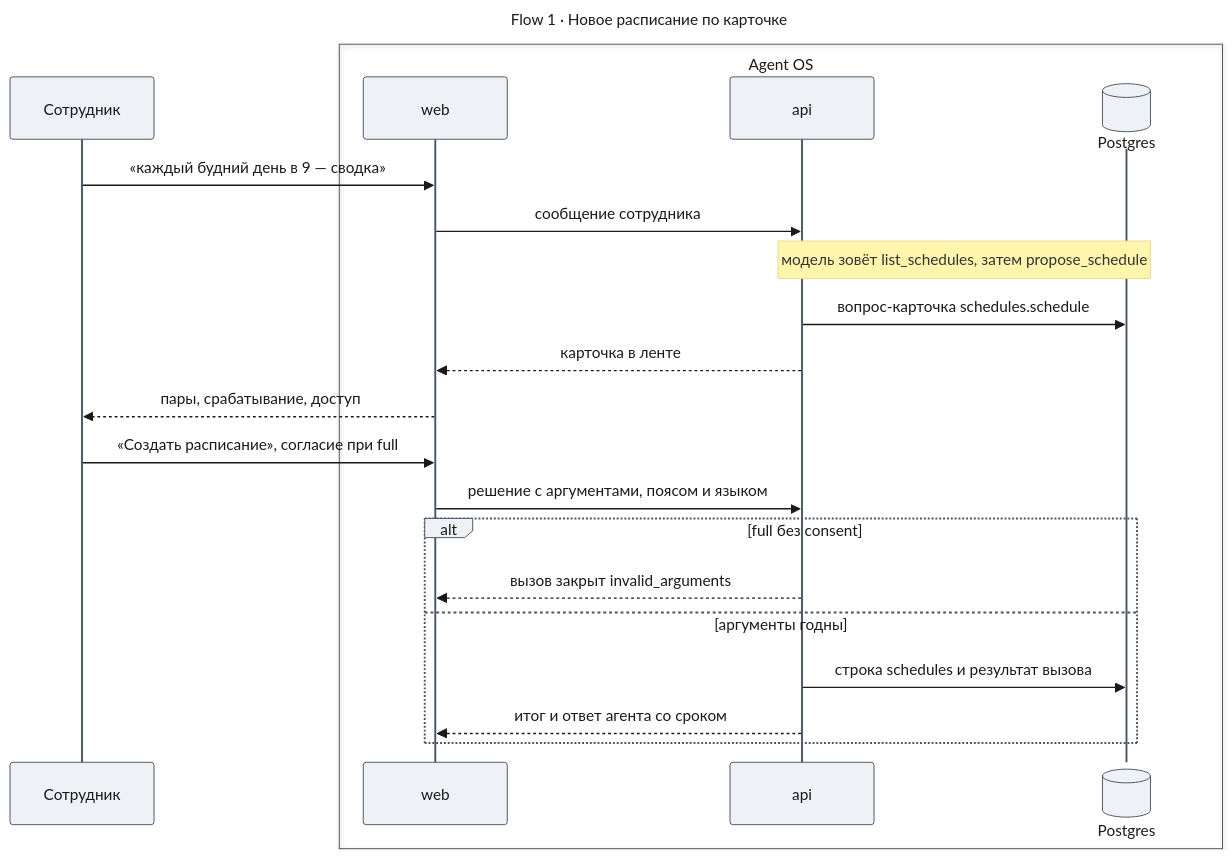
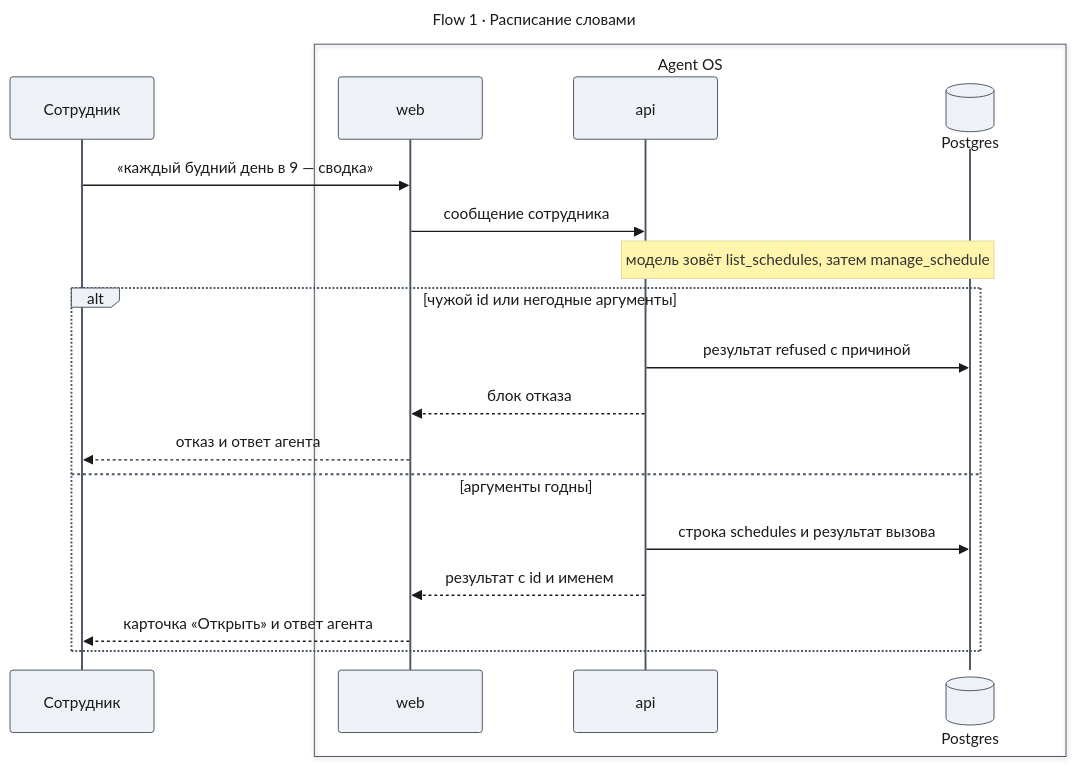
One commit to tundraray/agent-os changed the third of 4 diagrams in docs/features/chat-scheduling/design-server.md. Above: the diagram before and after it, drawn with Mermaid. The commit also changed other lines of this file, not shown here.

Commit message:
docs: schedule tools act at once in the chat scheduling server design

````diff
--- a/docs/features/chat-scheduling/design-server.md
+++ b/docs/features/chat-scheduling/design-server.md
@@ -266,47 +229,43 @@
 ```mermaid
 ---
-title: "Flow 1 · Новое расписание по карточке"
+title: "Flow 1 · Расписание словами"
 config:
   theme: base
   look: classic
   themeVariables:
     primaryColor: "#eef1f5"
     primaryBorderColor: "#4b5563"
     primaryTextColor: "#1a1a1a"
     lineColor: "#6b7280"
   themeCSS: |
-    @keyframes lit_f1{0%,9%{stroke:#991b1b;stroke-width:6px}10%,100%{stroke:#37474f;stroke-width:2px}}
-    @keyframes litr_f1{0%,9%{stroke:#1d4ed8;stroke-width:6px}10%,100%{stroke:#37474f;stroke-width:2px}}
-    .messageLine0[data-id='i0'],.messageLine1[data-id='i0']{animation:lit_f1 12s linear 0s infinite}
-    .messageLine0[data-id='i1'],.messageLine1[data-id='i1']{animation:lit_f1 12s linear 1.2s infinite}
-    .messageLine0[data-id='i3'],.messageLine1[data-id='i3']{animation:lit_f1 12s linear 2.4s infinite}
-    .messageLine0[data-id='i4'],.messageLine1[data-id='i4']{animation:litr_f1 12s linear 3.6s infinite}
-    .messageLine0[data-id='i5'],.messageLine1[data-id='i5']{animation:litr_f1 12s linear 4.8s infinite}
-    .messageLine0[data-id='i6'],.messageLine1[data-id='i6']{animation:lit_f1 12s linear 6s infinite}
-    .messageLine0[data-id='i7'],.messageLine1[data-id='i7']{animation:lit_f1 12s linear 7.2s infinite}
-    .messageLine0[data-id='i9'],.messageLine1[data-id='i9']{animation:litr_f1 12s linear 8.4s infinite}
-    .messageLine0[data-id='i11'],.messageLine1[data-id='i11']{animation:lit_f1 12s linear 9.6s infinite}
-    .messageLine0[data-id='i12'],.messageLine1[data-id='i12']{animation:litr_f1 12s linear 10.8s infinite}
+    @keyframes lit_f1{0%,11%{stroke:#991b1b;stroke-width:6px}12.5%,100%{stroke:#37474f;stroke-width:2px}}
+    @keyframes litr_f1{0%,11%{stroke:#1d4ed8;stroke-width:6px}12.5%,100%{stroke:#37474f;stroke-width:2px}}
+    .messageLine0[data-id='i0'],.messageLine1[data-id='i0']{animation:lit_f1 9.6s linear 0s infinite}
+    .messageLine0[data-id='i1'],.messageLine1[data-id='i1']{animation:lit_f1 9.6s linear 1.2s infinite}
+    .messageLine0[data-id='i4'],.messageLine1[data-id='i4']{animation:lit_f1 9.6s linear 2.4s infinite}
+    .messageLine0[data-id='i5'],.messageLine1[data-id='i5']{animation:litr_f1 9.6s linear 3.6s infinite}
+    .messageLine0[data-id='i6'],.messageLine1[data-id='i6']{animation:litr_f1 9.6s linear 4.8s infinite}
+    .messageLine0[data-id='i8'],.messageLine1[data-id='i8']{animation:lit_f1 9.6s linear 6s infinite}
+    .messageLine0[data-id='i9'],.messageLine1[data-id='i9']{animation:litr_f1 9.6s linear 7.2s infinite}
+    .messageLine0[data-id='i10'],.messageLine1[data-id='i10']{animation:litr_f1 9.6s linear 8.4s infinite}
 ---
 sequenceDiagram
     participant E as Сотрудник
     box Agent OS
         participant W as web
         participant A as api
         participant DB@{ "type": "database" } as Postgres
     end
     E->>W: «каждый будний день в 9 — сводка»
     W->>A: сообщение сотрудника
-    Note over A,DB: модель зовёт list_schedules, затем propose_schedule
-    A->>DB: вопрос-карточка schedules.schedule
-    A-->>W: карточка в ленте
-    W-->>E: пары, срабатывание, доступ
-    E->>W: «Создать расписание», согласие при full
-    W->>A: решение с аргументами, поясом и языком
-    alt full без consent
-        A-->>W: вызов закрыт invalid_arguments
+    Note over A,DB: модель зовёт list_schedules, затем manage_schedule
+    alt чужой id или негодные аргументы
+        A->>DB: результат refused с причиной
+        A-->>W: блок отказа
+        W-->>E: отказ и ответ агента
     else аргументы годны
         A->>DB: строка schedules и результат вызова
-        A-->>W: итог и ответ агента со сроком
+        A-->>W: результат с id и именем
+        W-->>E: карточка «Открыть» и ответ агента
     end
 ```
````
